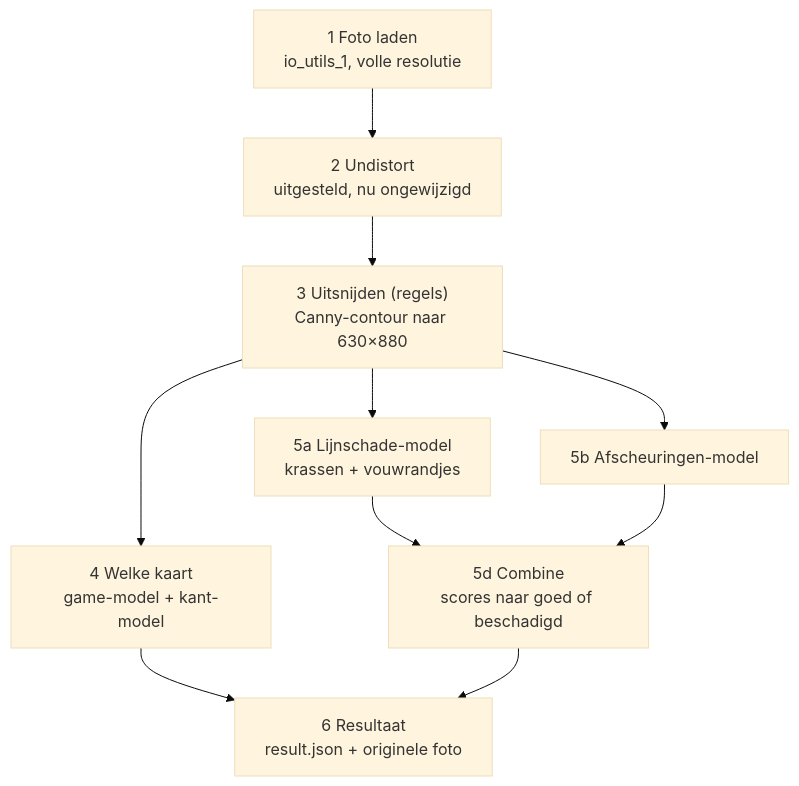
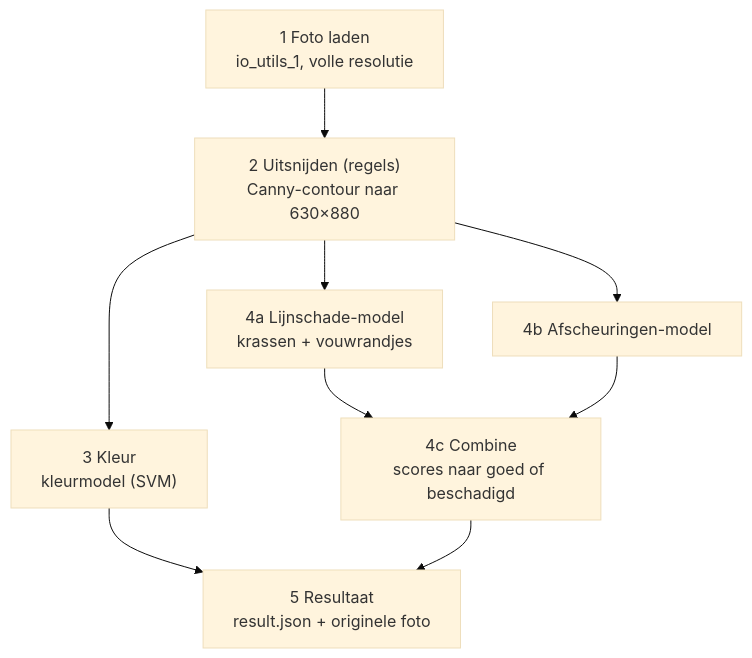
The diagram in docs/pipeline.md (liaurens/tcg-grading-ai), drawn with Mermaid (base theme) before and after one commit. The commit also changed other lines of this file and 1 other file, not shown here.

````diff
--- a/docs/pipeline.md
+++ b/docs/pipeline.md
@@ -9,12 +9,11 @@
 ```mermaid
 flowchart TD
-    S1["1 Foto laden<br/>io_utils_1, volle resolutie"] --> S2["2 Undistort<br/>uitgesteld, nu ongewijzigd"]
-    S2 --> S3["3 Uitsnijden (regels)<br/>Canny-contour naar 630×880"]
-    S3 --> S4["4 Welke kaart<br/>game-model + kant-model"]
-    S3 --> S5a["5a Lijnschade-model<br/>krassen + vouwrandjes"]
-    S3 --> S5b["5b Afscheuringen-model"]
-    S5a --> S5d["5d Combine<br/>scores naar goed of beschadigd"]
-    S5b --> S5d
-    S4 --> S6["6 Resultaat<br/>result.json + originele foto"]
-    S5d --> S6
+    S1["1 Foto laden<br/>io_utils_1, volle resolutie"] --> S2["2 Uitsnijden (regels)<br/>Canny-contour naar 630×880"]
+    S2 --> S3["3 Kleur<br/>kleurmodel (SVM)"]
+    S2 --> S4a["4a Lijnschade-model<br/>krassen + vouwrandjes"]
+    S2 --> S4b["4b Afscheuringen-model"]
+    S4a --> S4c["4c Combine<br/>scores naar goed of beschadigd"]
+    S4b --> S4c
+    S3 --> S5["5 Resultaat<br/>result.json + originele foto"]
+    S4c --> S5
 ```
````
